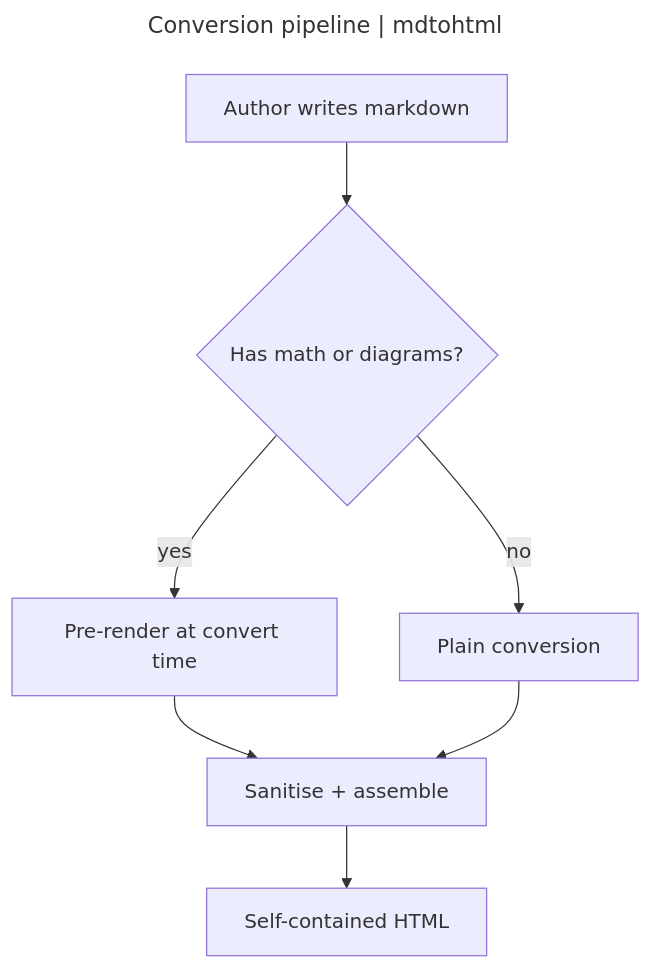
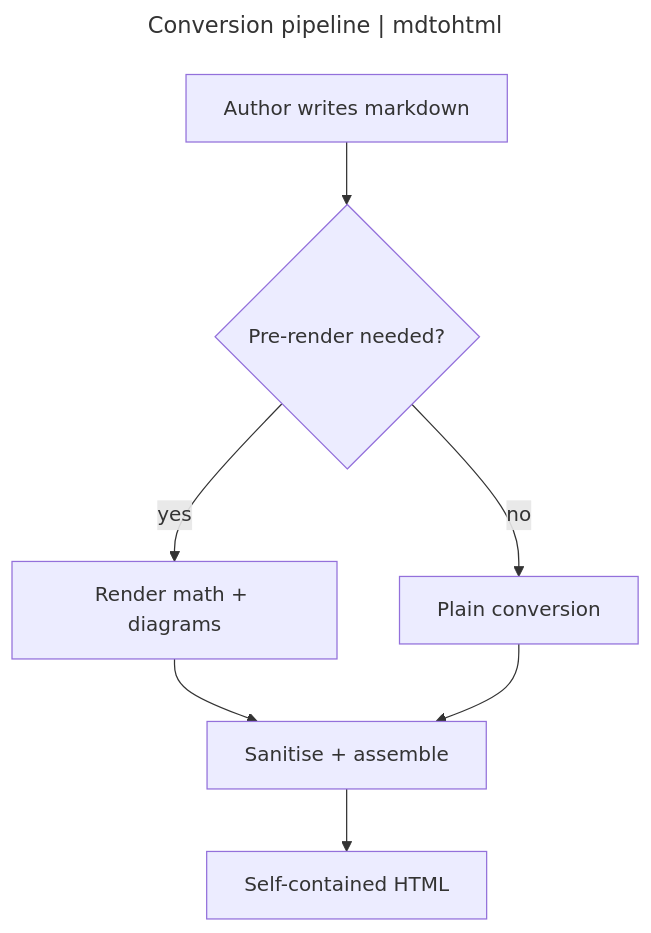
Before and after one commit to MatLomax/mdtohtml: the diagram in examples/report.md, drawn with Mermaid. The commit also changed other lines of this file and 1 other file, not shown here.

First line of the commit message:
Pair each report example with its Markdown source

````diff
--- a/examples/report.md
+++ b/examples/report.md
@@ -249,12 +409,12 @@
 ```mermaid
 ---
 title: Conversion pipeline | mdtohtml
 ---
 graph TD
-  A[Author writes markdown] --> B{Has math or diagrams?}
-  B -->|yes| C[Pre-render at convert time]
+  A[Author writes markdown] --> B{Pre-render needed?}
+  B -->|yes| C[Render math + diagrams]
   B -->|no| D[Plain conversion]
   C --> E[Sanitise + assemble]
   D --> E
   E --> F[Self-contained HTML]
 ```
````
